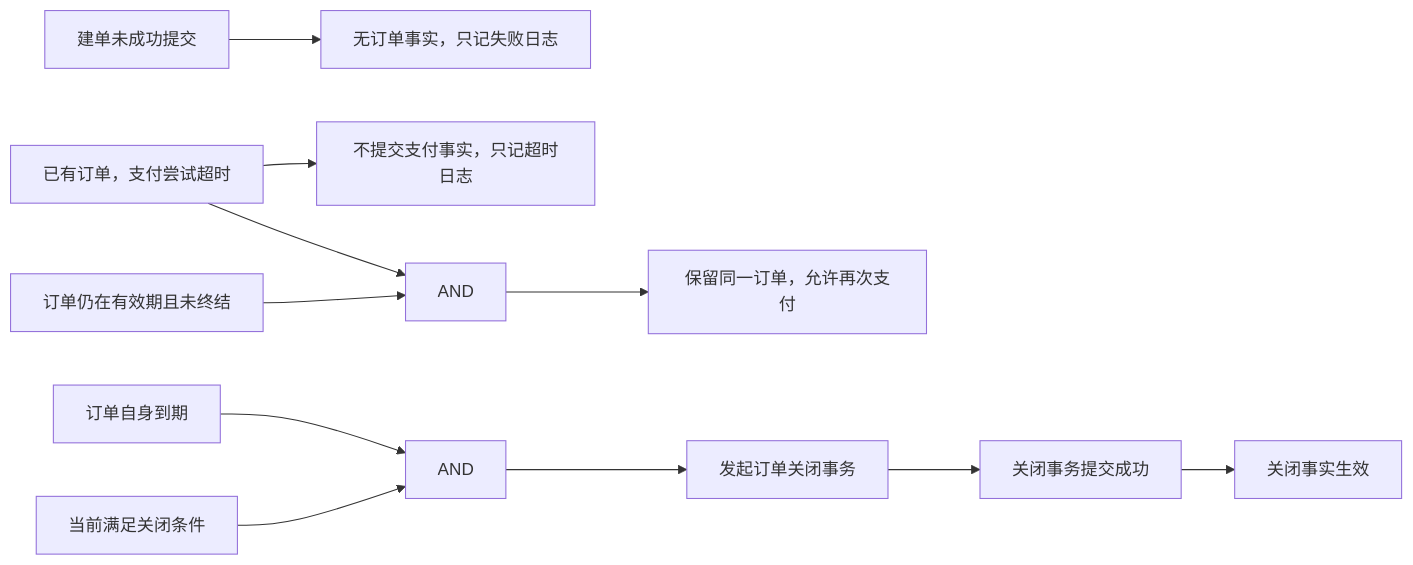
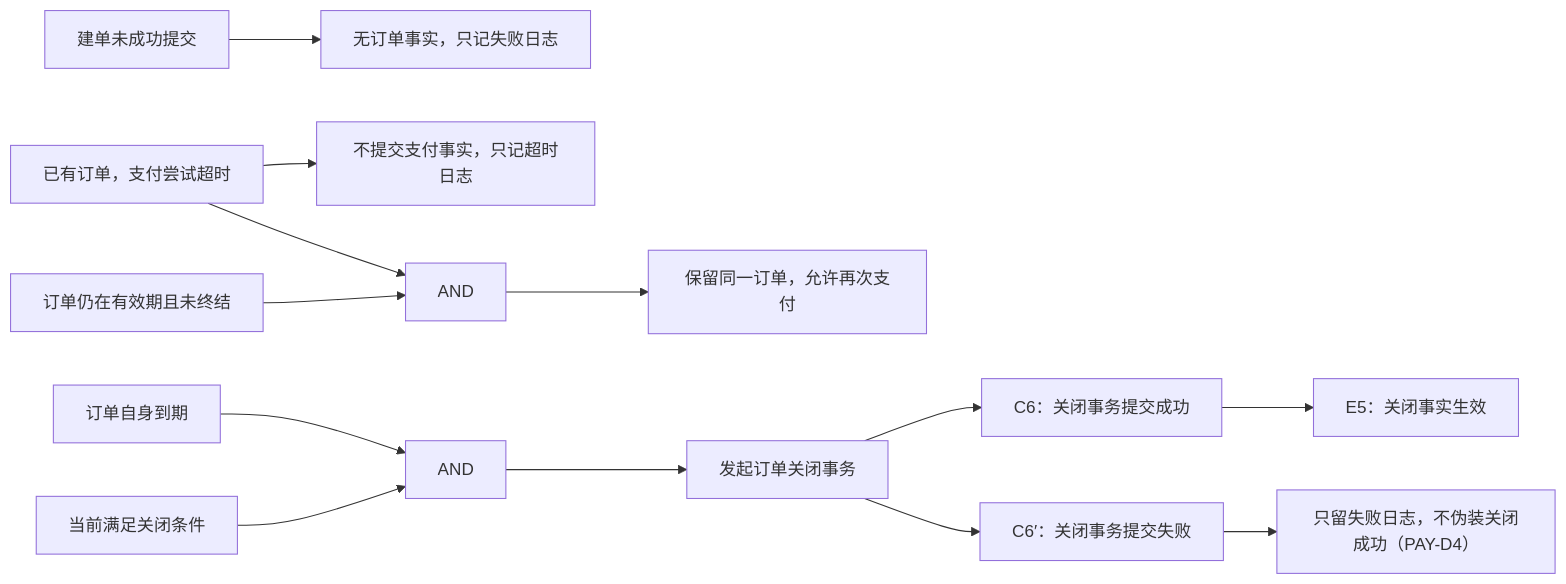
The ninth of 13 diagrams in docs/02-overall-design/MLS-DOC-OD-0002.md (whitecait/MyLibrarySystem), drawn with Mermaid before and after one commit. The commit also changed other lines of this file and 2 other files, not shown here.

````diff
--- a/docs/02-overall-design/MLS-DOC-OD-0002.md
+++ b/docs/02-overall-design/MLS-DOC-OD-0002.md
@@ -401,13 +424,15 @@
 ```mermaid
 flowchart LR
     C1["建单未成功提交"] --> E1["无订单事实，只记失败日志"]
     C2["已有订单，支付尝试超时"] --> E2["不提交支付事实，只记超时日志"]
     C2 --> A["AND"]
     C3["订单仍在有效期且未终结"] --> A
     A --> E3["保留同一订单，允许再次支付"]
     C4["订单自身到期"] --> B["AND"]
     C5["当前满足关闭条件"] --> B
     B --> E4["发起订单关闭事务"]
-    E4 --> C6["关闭事务提交成功"]
-    C6 --> E5["关闭事实生效"]
+    E4 --> C6["C6：关闭事务提交成功"]
+    C6 --> E5["E5：关闭事实生效"]
+    E4 --> C6F["C6′：关闭事务提交失败"]
+    C6F --> E5F["只留失败日志，不伪装关闭成功（PAY-D4）"]
 ```
````
